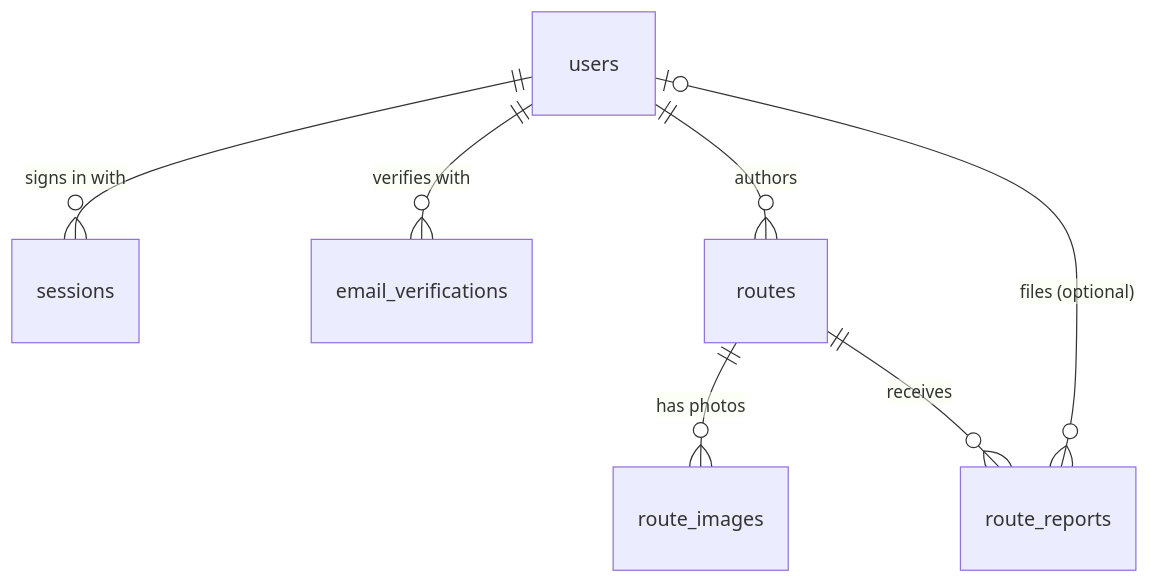
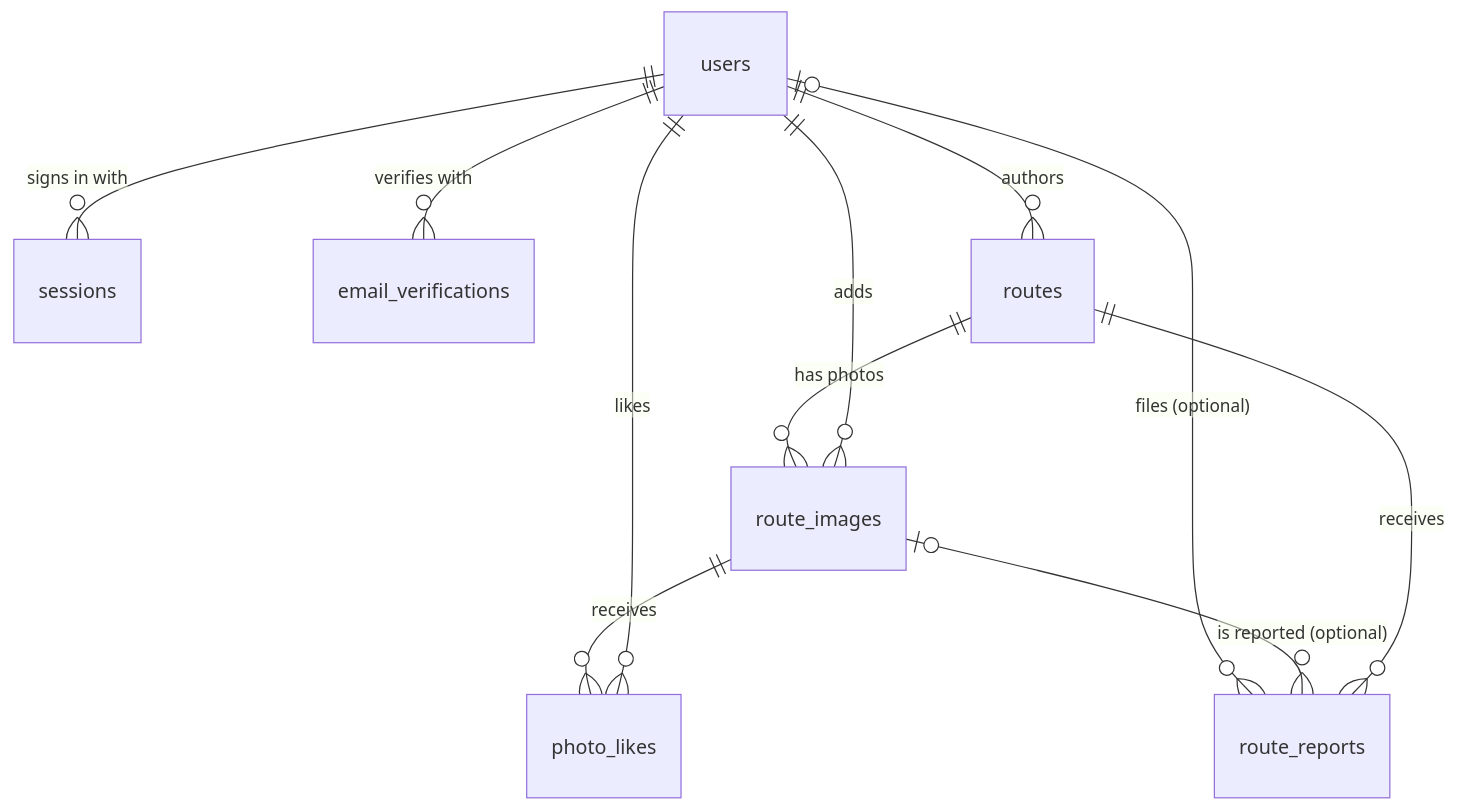
One commit to gnotnek/over-there changed the diagram in docs/data-catalog.md. Above: the diagram before and after it, drawn with Mermaid. The commit also changed other lines of this file and 5 other files, not shown here.

````diff
--- a/docs/data-catalog.md
+++ b/docs/data-catalog.md
@@ -30,9 +30,13 @@
 ```mermaid
 erDiagram
     users ||--o{ sessions : "signs in with"
     users ||--o{ email_verifications : "verifies with"
     users ||--o{ routes : "authors"
     users |o--o{ route_reports : "files (optional)"
     routes ||--o{ route_images : "has photos"
+    users ||--o{ route_images : "adds"
+    route_images ||--o{ photo_likes : "receives"
+    users ||--o{ photo_likes : "likes"
+    route_images |o--o{ route_reports : "is reported (optional)"
     routes ||--o{ route_reports : "receives"
 ```
````
